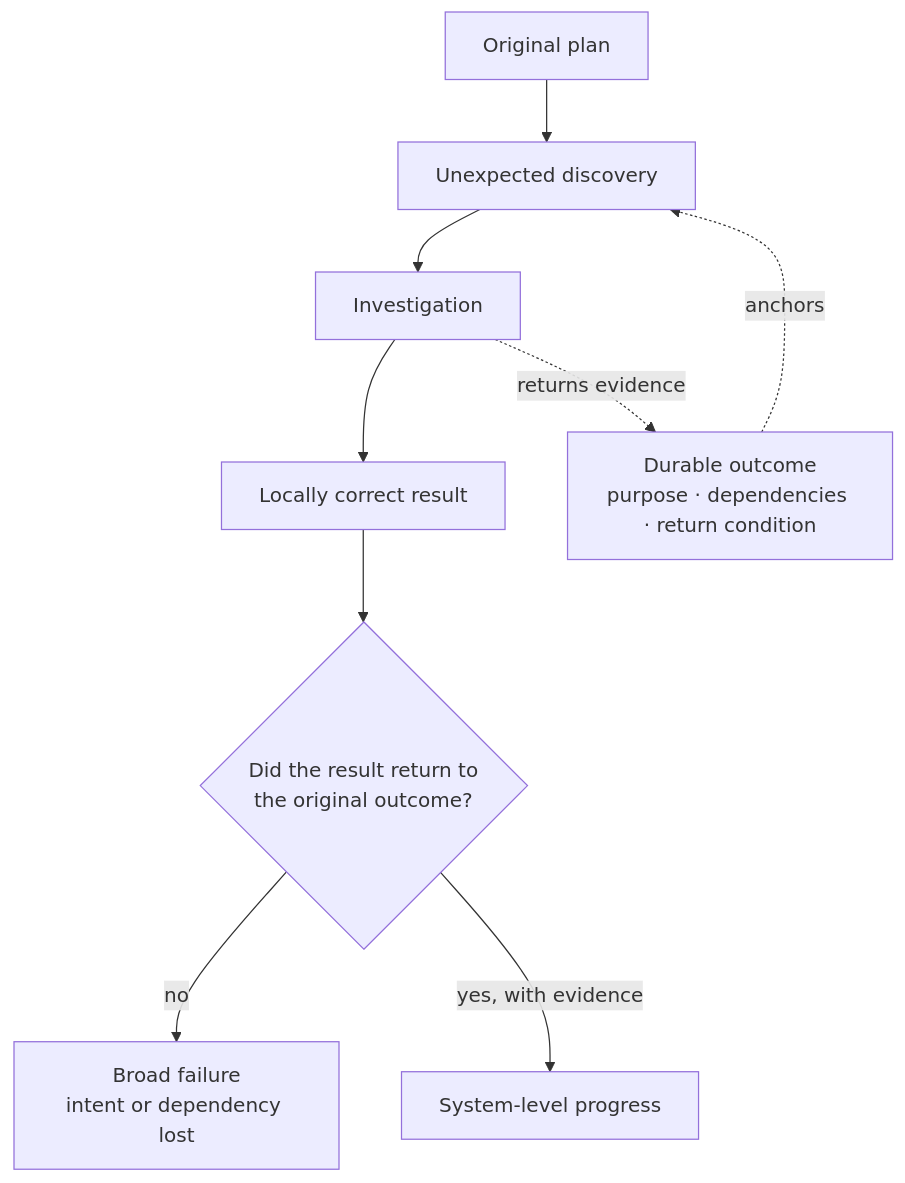
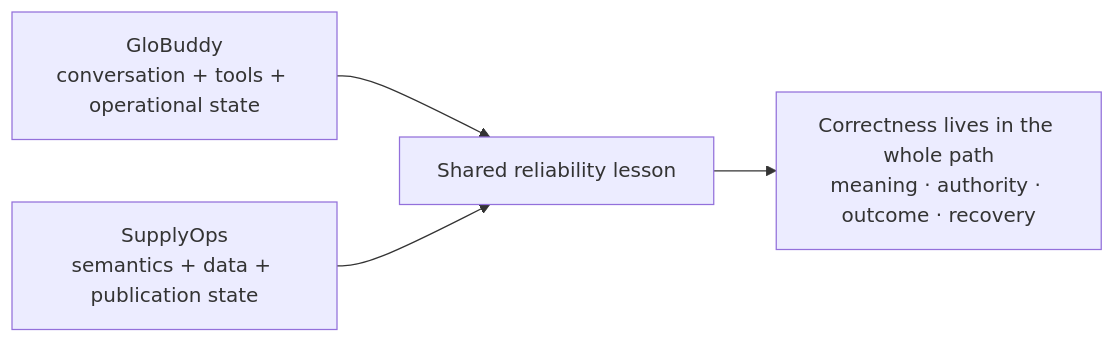
The first of 3 diagrams in docs/case-studies/narrow-success-broad-failure.md (yiwei79/root-azoth), drawn with Mermaid before and after one commit. The commit also changed other lines of this file and 7 other files, not shown here.

````diff
--- a/docs/case-studies/narrow-success-broad-failure.md
+++ b/docs/case-studies/narrow-success-broad-failure.md
@@ -42,12 +76,8 @@
 ```mermaid
-flowchart TB
-    P["Original plan"] --> D["Unexpected discovery"]
-    D --> I["Investigation"]
-    I --> L["Locally correct result"]
-    L --> Q{"Did the result return to<br/>the original outcome?"}
-    Q -->|no| F["Broad failure<br/>intent or dependency lost"]
-    Q -->|yes, with evidence| S["System-level progress"]
-
-    O["Durable outcome<br/>purpose · dependencies · return condition"] -.->|anchors| D
-    I -.->|returns evidence| O
+flowchart LR
+    G["GloBuddy<br/>conversation + tools + operational state"]
+    S["SupplyOps<br/>semantics + data + publication state"]
+    G --> R["Shared reliability lesson"]
+    S --> R
+    R --> P["Correctness lives in the whole path<br/>meaning · authority · outcome · recovery"]
 ```
````
